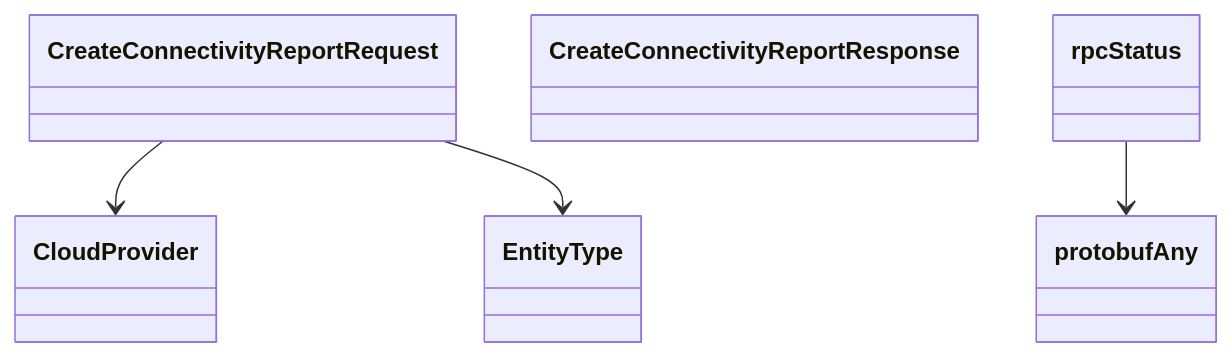
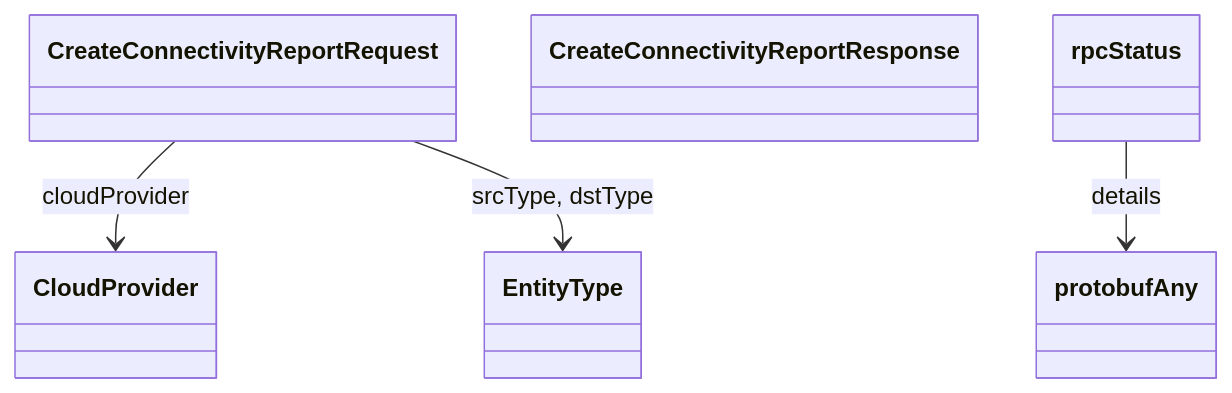
The fourth of 4 diagrams in docs/sphinx/services/connectivity_checker.md (alexdearaujo/community_sdk_python), drawn with Mermaid before and after one commit. The commit also changed other lines of this file and 129 other files, not shown here.

````diff
--- a/docs/sphinx/services/connectivity_checker.md
+++ b/docs/sphinx/services/connectivity_checker.md
@@ -110,12 +131,12 @@
 ```mermaid
 classDiagram
     class CloudProvider
     class CreateConnectivityReportRequest
     class CreateConnectivityReportResponse
     class EntityType
     class protobufAny
     class rpcStatus
-    CreateConnectivityReportRequest --> CloudProvider
-    CreateConnectivityReportRequest --> EntityType
-    rpcStatus --> protobufAny
+    CreateConnectivityReportRequest --> CloudProvider : cloudProvider
+    CreateConnectivityReportRequest --> EntityType : srcType, dstType
+    rpcStatus --> protobufAny : details
 ```
````
